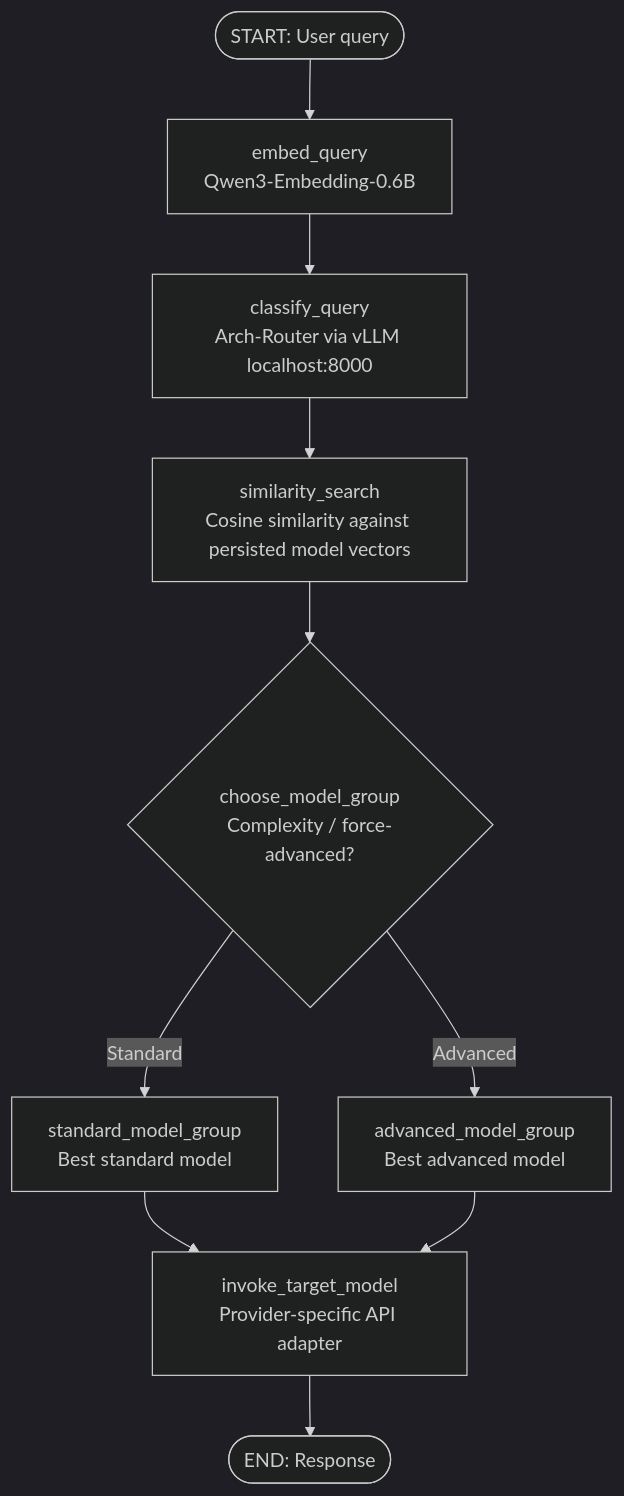
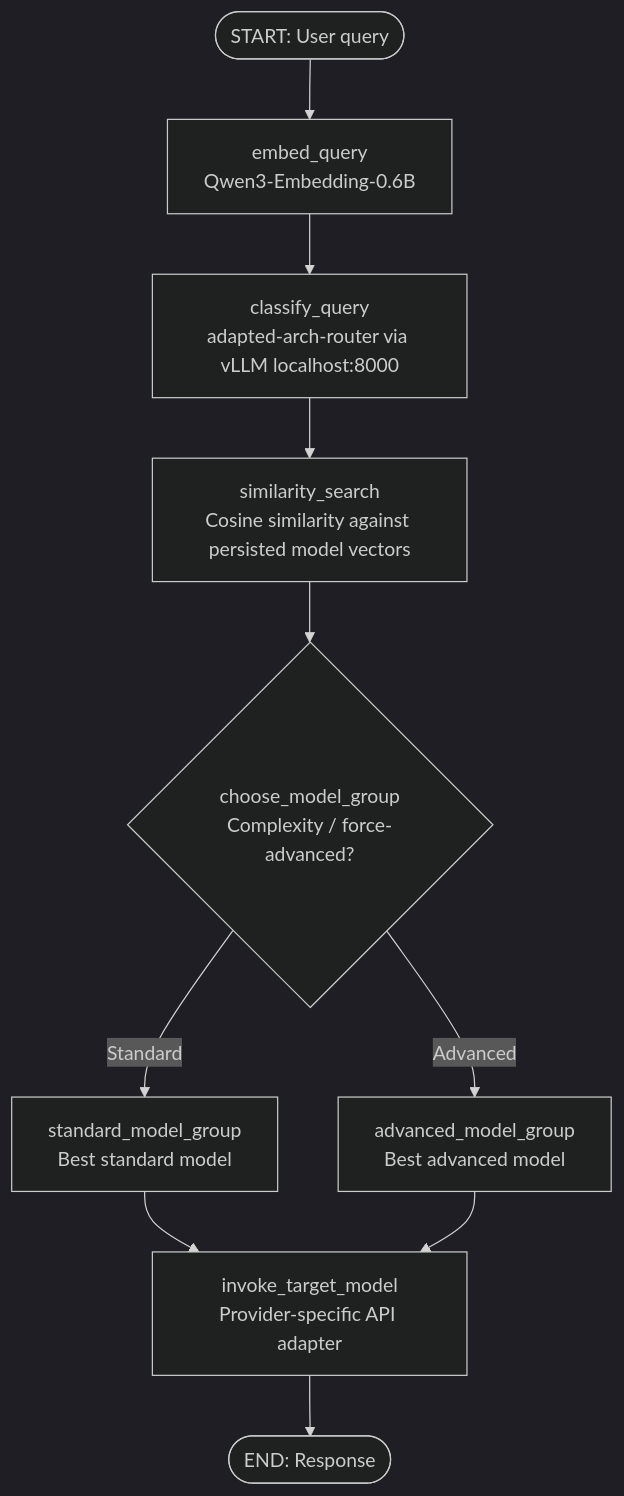
The diagram in prev_context.md (inder-dev-pro/router), drawn with Mermaid (dark theme) before and after one commit. The commit also changed other lines of this file and 7 other files, not shown here.

````diff
--- a/prev_context.md
+++ b/prev_context.md
@@ -289,17 +291,17 @@
 ```mermaid
 flowchart TD
     A([START: User query])
     B[embed_query<br/>Qwen3-Embedding-0.6B]
-    C[classify_query<br/>Arch-Router via vLLM localhost:8000]
+    C[classify_query<br/>adapted-arch-router via vLLM localhost:8000]
     D[similarity_search<br/>Cosine similarity against persisted model vectors]
     E{choose_model_group<br/>Complexity / force-advanced?}
     F[standard_model_group<br/>Best standard model]
     G[advanced_model_group<br/>Best advanced model]
     H[invoke_target_model<br/>Provider-specific API adapter]
     I([END: Response])
 
     A --> B --> C --> D --> E
     E -- Standard --> F --> H
     E -- Advanced --> G --> H
     H --> I
 ```
````
